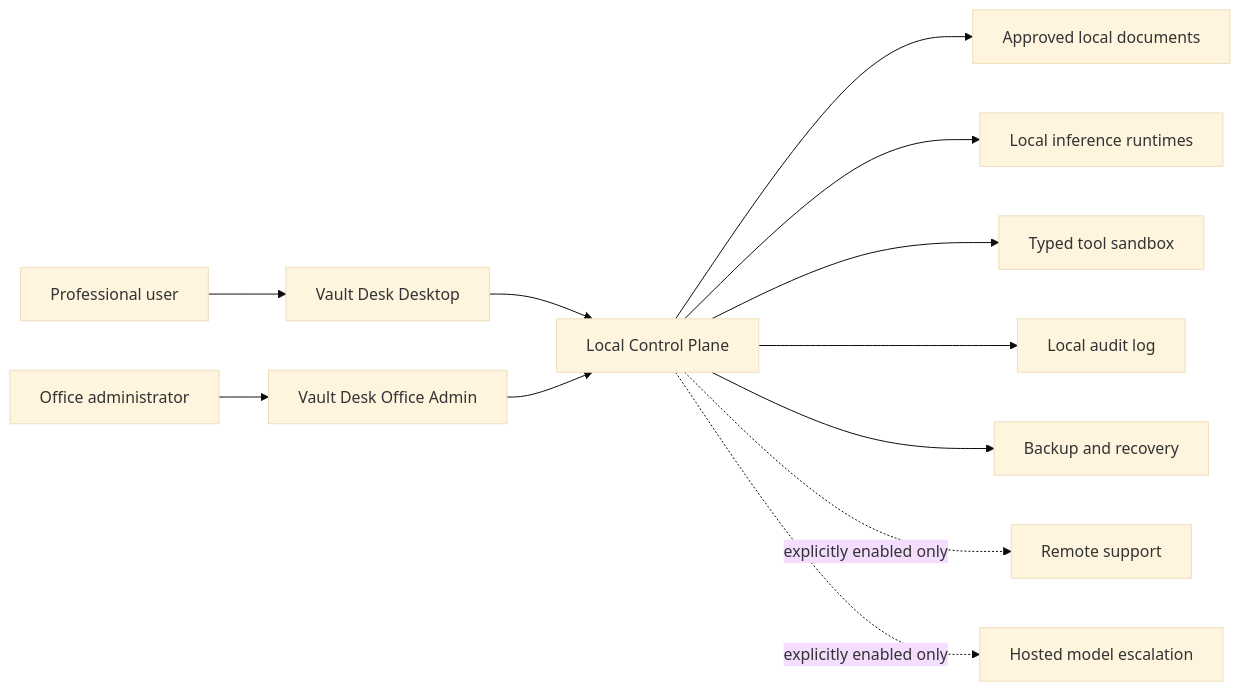
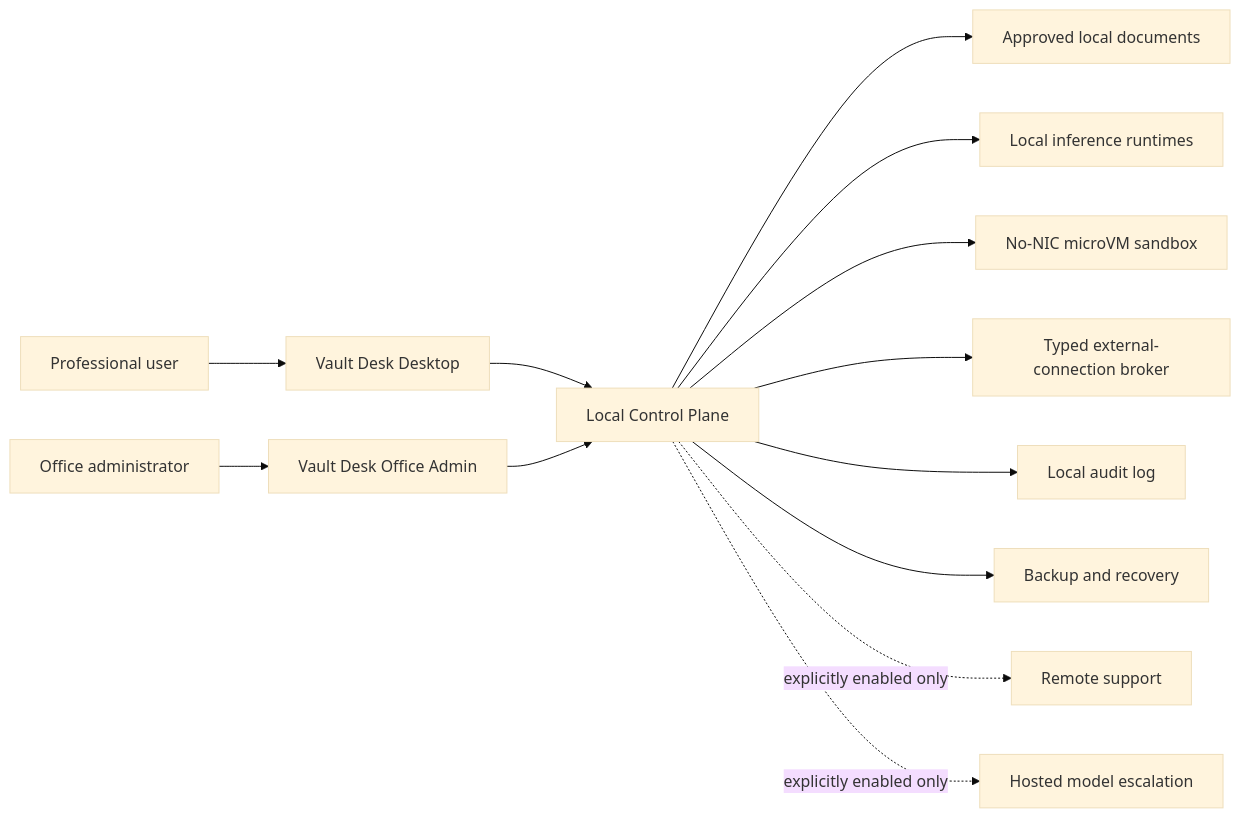
Before and after one commit to alex-alecu/vault-desk: the diagram in docs/diagrams/system-context.md, drawn with Mermaid (base theme). The commit also changed other lines of this file and 14 other files, not shown here.

Commit message:
docs: require no-NIC microVM sandbox

````diff
--- a/docs/diagrams/system-context.md
+++ b/docs/diagrams/system-context.md
@@ -5,17 +5,18 @@
 ```mermaid
 flowchart LR
     User["Professional user"] --> Desktop["Vault Desk Desktop"]
     Admin["Office administrator"] --> OfficeAdmin["Vault Desk Office Admin"]
 
     Desktop --> Control["Local Control Plane"]
     OfficeAdmin --> Control
 
     Control --> Documents["Approved local documents"]
     Control --> Inference["Local inference runtimes"]
-    Control --> Tools["Typed tool sandbox"]
+    Control --> Sandbox["No-NIC microVM sandbox"]
+    Control --> NetworkBroker["Typed external-connection broker"]
     Control --> Audit["Local audit log"]
     Control --> Backup["Backup and recovery"]
 
     Control -. "explicitly enabled only" .-> RemoteSupport["Remote support"]
     Control -. "explicitly enabled only" .-> HostedEscalation["Hosted model escalation"]
 ```
````
